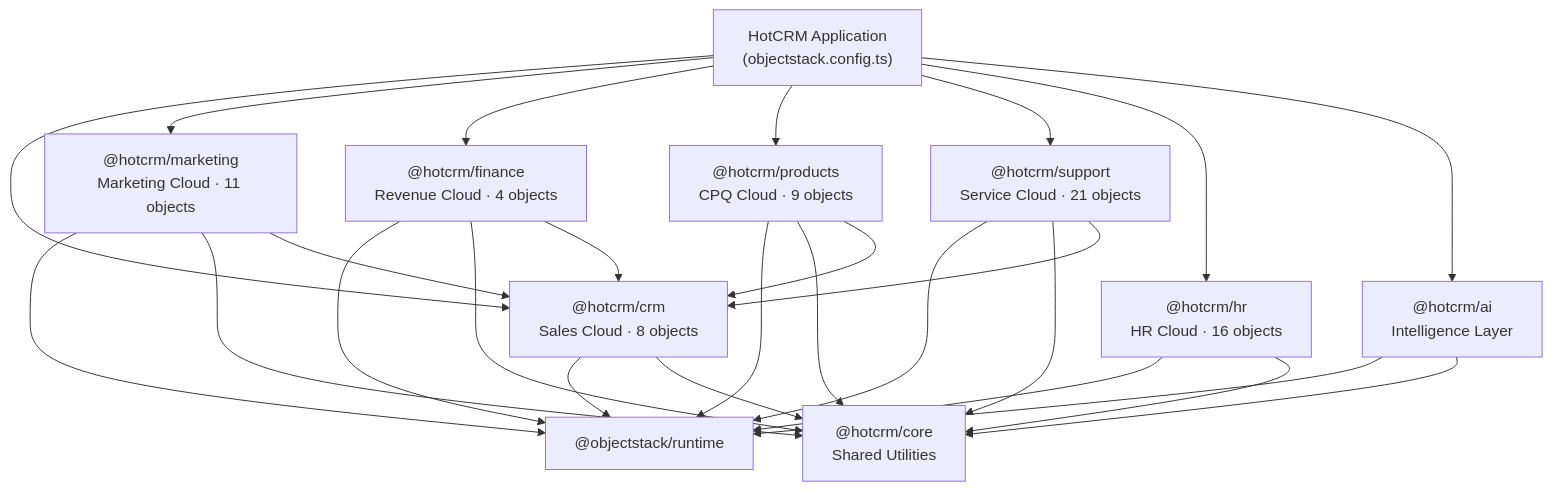
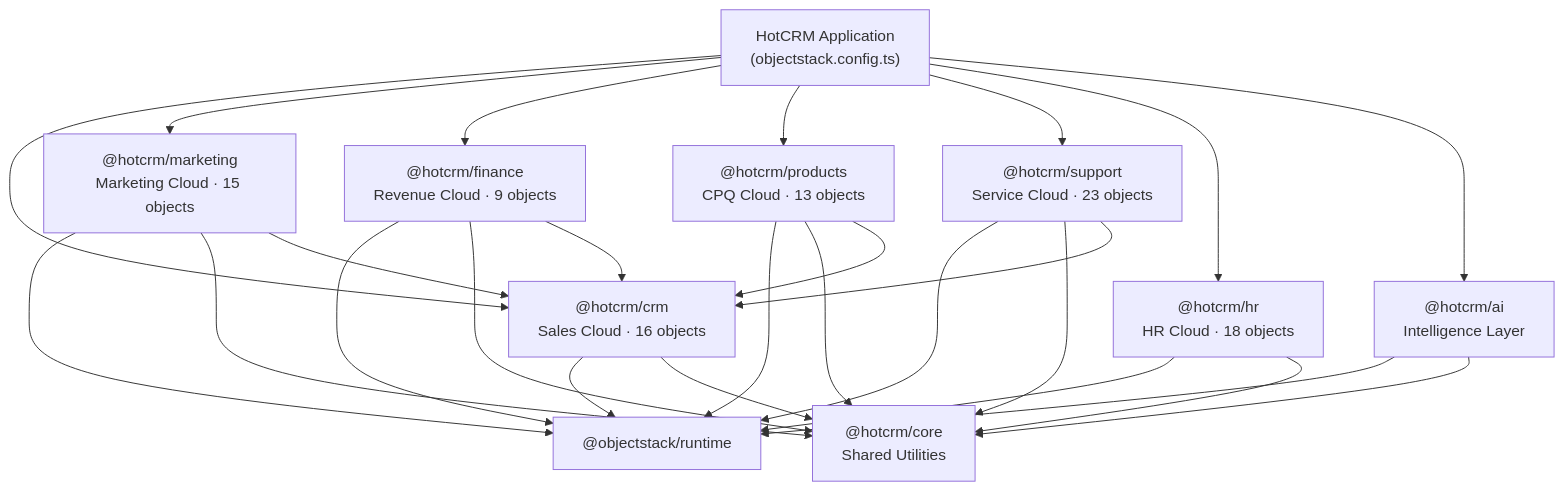
One commit to objectstack-ai/hotcrm changed the diagram in README.md. Above: the diagram before and after it, drawn with Mermaid. The commit also changed other lines of this file and 1 other file, not shown here.

Commit message:
docs: update ROADMAP.md and README.md — mark Phase 10 complete, refresh metrics to 94 objects/1759 tests

````diff
--- a/README.md
+++ b/README.md
@@ -47,22 +47,22 @@
 ```mermaid
 graph TD
     APP["HotCRM Application<br/>(objectstack.config.ts)"]
     RT["@objectstack/runtime"]
     CORE["@hotcrm/core<br/>Shared Utilities"]
-    CRM["@hotcrm/crm<br/>Sales Cloud · 8 objects"]
-    MKT["@hotcrm/marketing<br/>Marketing Cloud · 11 objects"]
-    FIN["@hotcrm/finance<br/>Revenue Cloud · 4 objects"]
-    PRD["@hotcrm/products<br/>CPQ Cloud · 9 objects"]
-    SUP["@hotcrm/support<br/>Service Cloud · 21 objects"]
-    HR["@hotcrm/hr<br/>HR Cloud · 16 objects"]
+    CRM["@hotcrm/crm<br/>Sales Cloud · 16 objects"]
+    MKT["@hotcrm/marketing<br/>Marketing Cloud · 15 objects"]
+    FIN["@hotcrm/finance<br/>Revenue Cloud · 9 objects"]
+    PRD["@hotcrm/products<br/>CPQ Cloud · 13 objects"]
+    SUP["@hotcrm/support<br/>Service Cloud · 23 objects"]
+    HR["@hotcrm/hr<br/>HR Cloud · 18 objects"]
     AI["@hotcrm/ai<br/>Intelligence Layer"]
 
     APP --> CRM & MKT & FIN & PRD & SUP & HR & AI
     CRM --> RT & CORE
     MKT --> RT & CORE & CRM
     FIN --> RT & CORE & CRM
     PRD --> RT & CORE & CRM
     SUP --> RT & CORE & CRM
     HR --> RT & CORE
     AI --> RT & CORE
 ```
````
